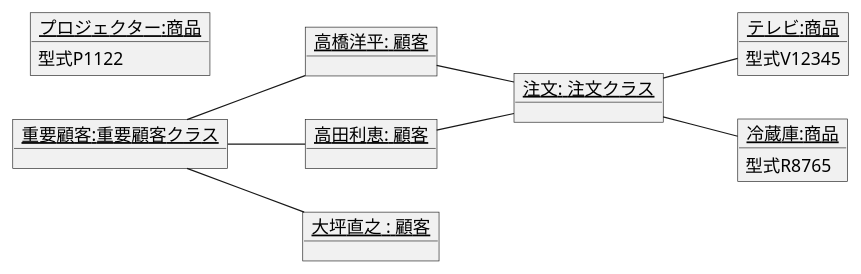
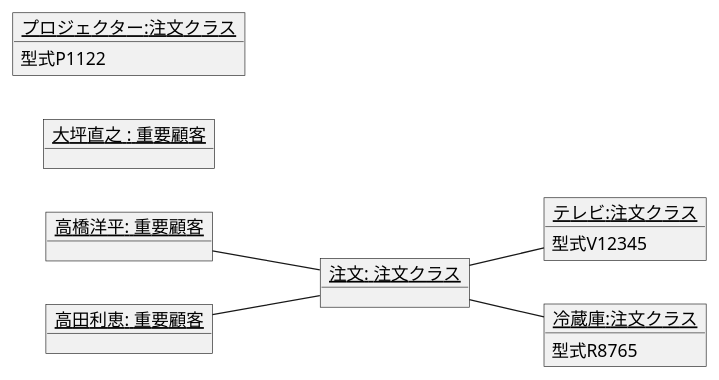
One commit to itouayumu/uml-introduction- changed the diagram in 演習3-7_OBJ_注文のオブジェクト図.pu. Above: the diagram before and after it, drawn with PlantUML.

Commit message:
修正

```diff
--- a/演習3-7_OBJ_注文のオブジェクト図.pu
+++ b/演習3-7_OBJ_注文のオブジェクト図.pu
@@ -1,34 +1,30 @@
 @startuml
 left to right direction
-object "<u>高橋洋平: 顧客</u>" as k0 {
+object "<u>高橋洋平: 重要顧客</u>" as k0 {
 
 }
 
 object "<u>注文: 注文クラス</u>" as k6{
 }
-object "<u>高田利恵: 顧客</u>" as k1 {
+object "<u>高田利恵: 重要顧客</u>" as k1 {
 
 }
-object "<u>大坪直之 : 顧客</u>" as k2{
+object "<u>大坪直之 : 重要顧客</u>" as k2{
 
 }
-object "<u>テレビ:商品</u>" as k3{
+object "<u>テレビ:注文クラス</u>" as k3{
     型式V12345   
 }
-object "<u>冷蔵庫:商品</u>" as k4{   
+object "<u>冷蔵庫:注文クラス</u>" as k4{   
     型式R8765
 }
-object "<u>プロジェクター:商品</u>" as k5{   
+object "<u>プロジェクター:注文クラス</u>" as k5{   
     型式P1122
 }
-object "<u>重要顧客:重要顧客クラス</u>" as k7{   
-    
-}
-k7--k0
-k7--k1
-k7--k2
+
+
 k0--k6
 k1--k6
 k6--k3
 k6--k4
 @enduml
```
